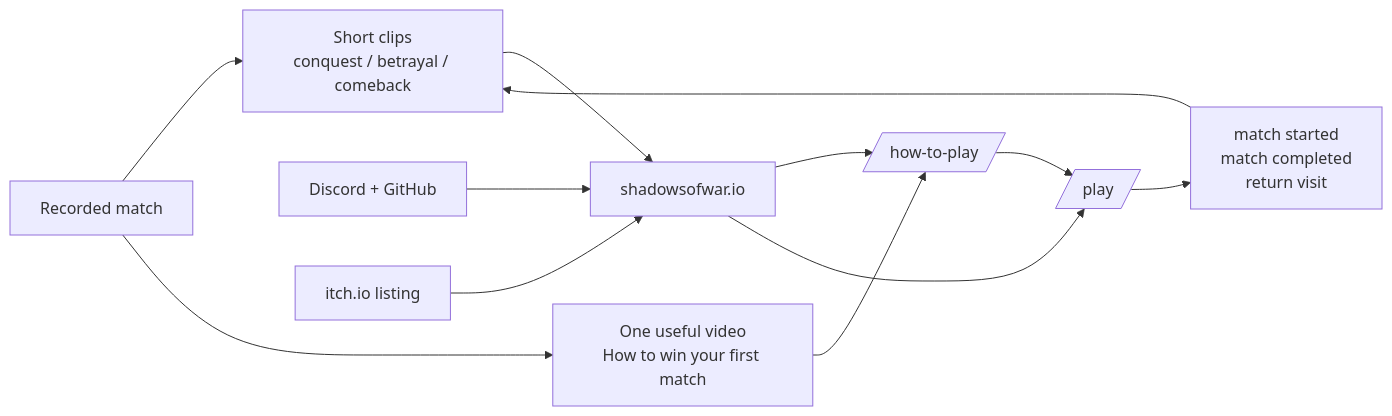
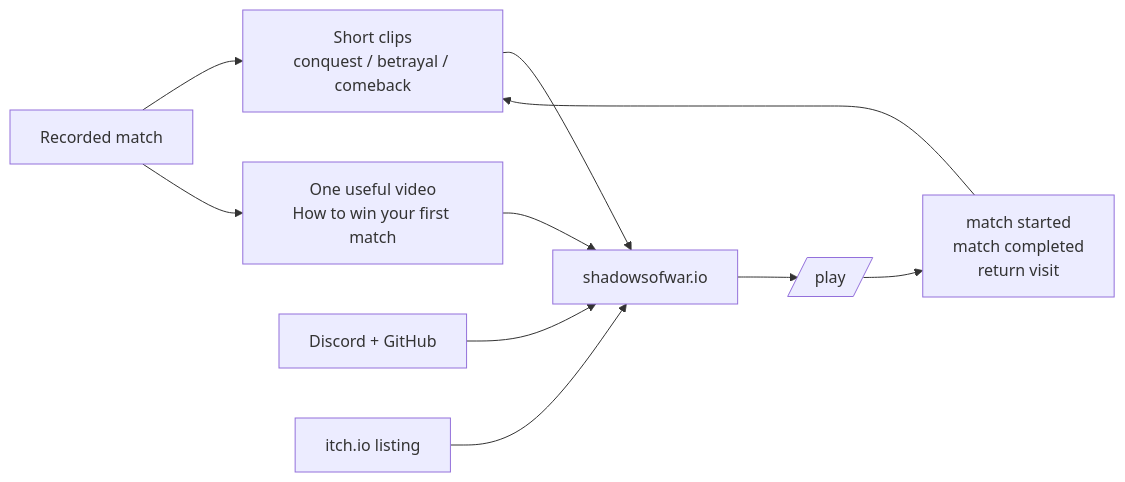
Before and after one commit to worldofunreal/shadows-of-war: the third of 3 diagrams in docs/launch-graph.md, drawn with Mermaid. The commit also changed other lines of this file and 233 other files, not shown here.

````diff
--- a/docs/launch-graph.md
+++ b/docs/launch-graph.md
@@ -107,24 +106,21 @@
 ```mermaid
 flowchart LR
     CAPTURE[Recorded match]
     SHORTS[Short clips\nconquest / betrayal / comeback]
     LONG[One useful video\nHow to win your first match]
     COMMUNITY[Discord + GitHub]
     ITCH[itch.io listing]
     LANDING[shadowsofwar.io]
-    GUIDE[/how-to-play/]
     GAME[/play/]
     SIGNAL[match started\nmatch completed\nreturn visit]
 
     CAPTURE --> SHORTS
     CAPTURE --> LONG
     SHORTS --> LANDING
-    LONG --> GUIDE
+    LONG --> LANDING
     COMMUNITY --> LANDING
     ITCH --> LANDING
-    LANDING --> GUIDE
     LANDING --> GAME
-    GUIDE --> GAME
     GAME --> SIGNAL
     SIGNAL --> SHORTS
 ```
````
